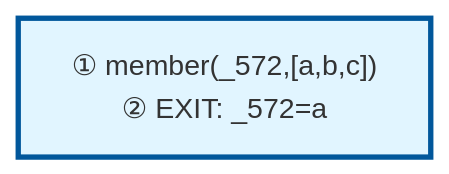
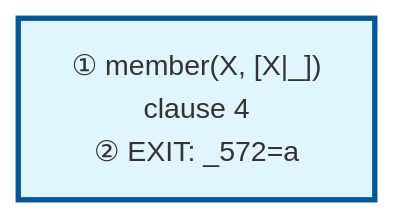
The diagram in examples/member-output.md (jarecsni/prolog-trace-viz), drawn with Mermaid before and after one commit. The commit also changed 8 other files, not shown here.

````diff
--- a/examples/member-output.md
+++ b/examples/member-output.md
@@ -39,11 +39,11 @@
 ```mermaid
 graph TD
 
 %% Nodes
-A["① member(_572,[a,b,c])<br/>② EXIT: _572=a"]
+A["① member(X, [X|_])<br/>clause 4<br/>② EXIT: _572=a"]
 
 %% Edges
 
 %% Styles
 style A fill:#e1f5ff,stroke:#01579b,stroke-width:3px
 ```
````
